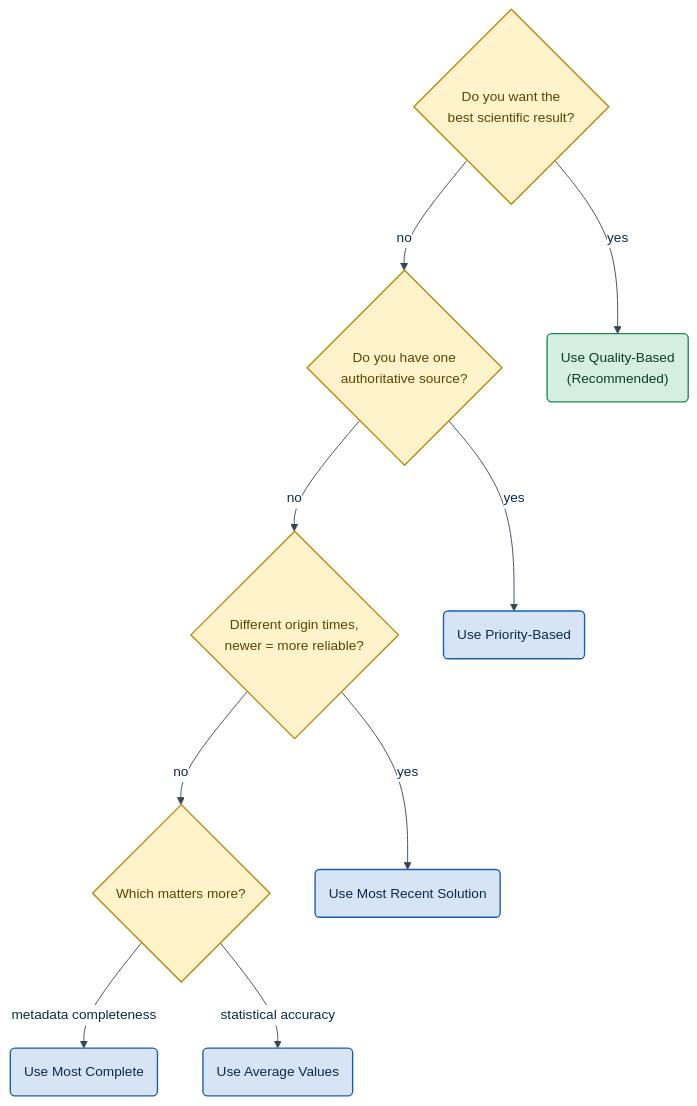
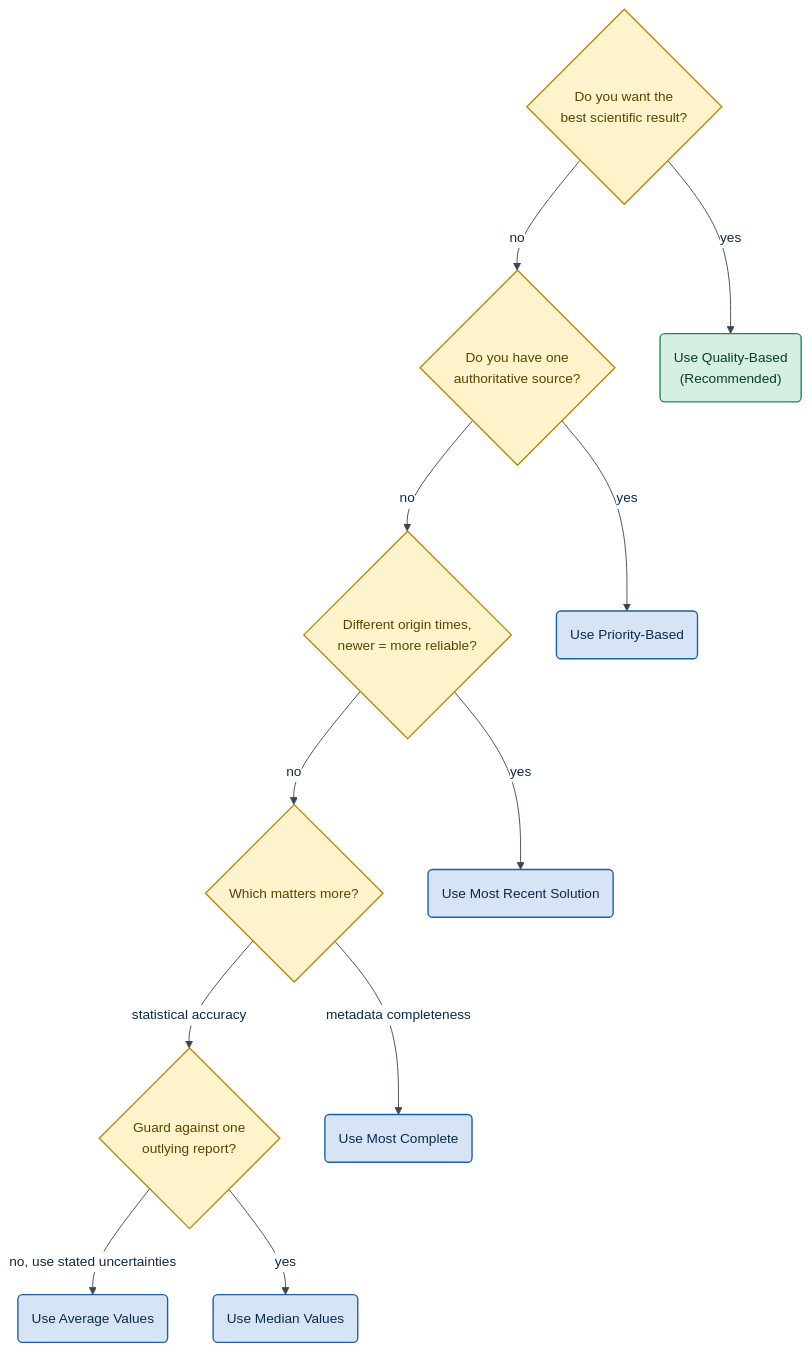
Before and after one commit to KennyGraham1/catalogofcatalogs: the second of 5 diagrams in docs/source/user-guide/merging-catalogues.rst, drawn with Mermaid. The commit also changed other lines of this file and 59 other files, not shown here.

First line of the commit message:
feat: Enhance QuakeML exporter with review comments and improve validation schemas

```diff
--- a/docs/source/user-guide/merging-catalogues.rst
+++ b/docs/source/user-guide/merging-catalogues.rst
@@ -159,40 +161,44 @@
 .. mermaid::
    :align: center
 
    %%{init: {"theme":"base","themeVariables":{"fontFamily":"Inter, \"Helvetica Neue\", Arial, sans-serif","fontSize":"15px","lineColor":"#3A4753","primaryColor":"#D6E4F5","primaryBorderColor":"#1B5FA8","primaryTextColor":"#0B2B4A","secondaryColor":"#CFEAE6","tertiaryColor":"#FBEAD2","mainBkg":"#D6E4F5","nodeBorder":"#1B5FA8","clusterBkg":"#F7F9FC","clusterBorder":"#AEBED2","titleColor":"#0F3D6B","edgeLabelBackground":"#FFFFFF"}}}%%
    flowchart TD
        Start{"Do you want the<br/>best scientific result?"}
        Auth{"Do you have one<br/>authoritative source?"}
        Recent{"Different origin times,<br/>newer = more reliable?"}
        Matter{"Which matters more?"}
+       Robust{"Guard against one<br/>outlying report?"}
 
        Quality("Use Quality-Based<br/>(Recommended)")
        Priority("Use Priority-Based")
        Newest("Use Most Recent Solution")
        Complete("Use Most Complete")
        Average("Use Average Values")
+       Median("Use Median Values")
 
        Start -->|"yes"| Quality
        Start -->|"no"| Auth
        Auth -->|"yes"| Priority
        Auth -->|"no"| Recent
        Recent -->|"yes"| Newest
        Recent -->|"no"| Matter
        Matter -->|"metadata completeness"| Complete
-       Matter -->|"statistical accuracy"| Average
+       Matter -->|"statistical accuracy"| Robust
+       Robust -->|"no, use stated uncertainties"| Average
+       Robust -->|"yes"| Median
 
-       class Start,Auth,Recent,Matter decision
+       class Start,Auth,Recent,Matter,Robust decision
        class Quality success
-       class Priority,Newest,Complete,Average frontend
+       class Priority,Newest,Complete,Average,Median frontend
 
        classDef userAction fill:#E8EEF6,stroke:#0F3D6B,stroke-width:1.5px,color:#0B2B4A
        classDef frontend fill:#D6E4F5,stroke:#1B5FA8,stroke-width:1.5px,color:#0B2B4A
        classDef backend fill:#CFEAE6,stroke:#0E7C72,stroke-width:1.5px,color:#08423D
        classDef library fill:#FBEAD2,stroke:#9C6A12,stroke-width:1.5px,color:#5A3D06
        classDef datastore fill:#E3E7EB,stroke:#3A4753,stroke-width:1.5px,color:#1E2731
        classDef external fill:#EFDDEC,stroke:#8E3A82,stroke-width:1.5px,color:#4A1C43,stroke-dasharray:4 3
        classDef process fill:#FCEAD0,stroke:#D38B1E,stroke-width:1.5px,color:#5A3D06
        classDef decision fill:#FFF3CC,stroke:#B8860B,stroke-width:1.5px,color:#5A4500
        classDef success fill:#D5EFE0,stroke:#1B8A5A,stroke-width:1.5px,color:#0B3D27
        classDef warning fill:#FBE0DA,stroke:#C24A2B,stroke-width:1.5px,color:#5E1C0C
        classDef terminal fill:#1F2D3D,stroke:#0B1622,stroke-width:1.5px,color:#FFFFFF
```
